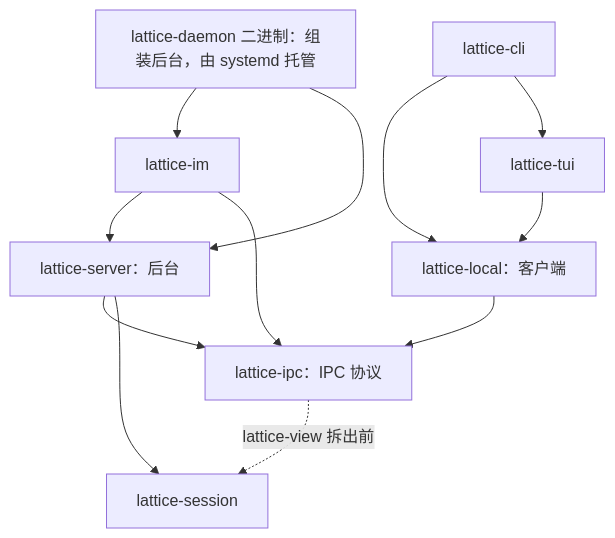
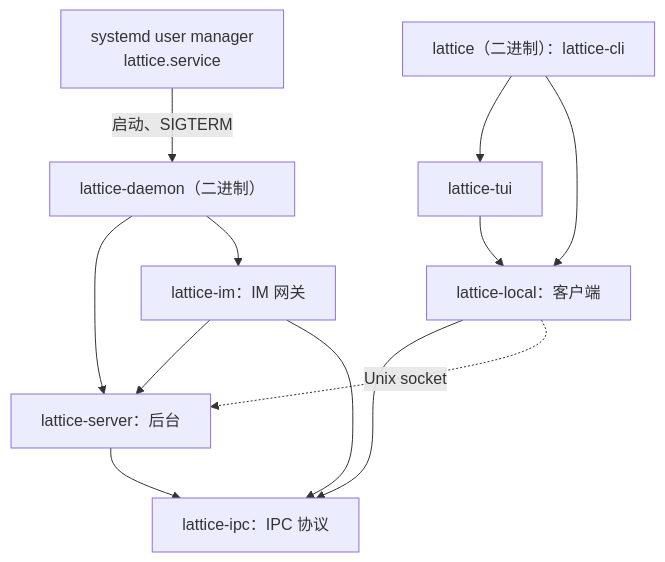
One commit to Skyline10124/lattice changed the first of 2 diagrams in docs/adr/0011-im-gateway-inside-backend.md. Above: the diagram before and after it, drawn with Mermaid. The commit also changed other lines of this file, not shown here.

````diff
--- a/docs/adr/0011-im-gateway-inside-backend.md
+++ b/docs/adr/0011-im-gateway-inside-backend.md
@@ -72,22 +57,14 @@
 ```mermaid
-graph TD
-  daemon[lattice-daemon 二进制：组装后台，由 systemd 托管]
-  cli[lattice-cli]
-  tui[lattice-tui]
-  im[lattice-im]
-  server[lattice-server：后台]
-  local[lattice-local：客户端]
-  proto[lattice-ipc：IPC 协议]
-  session[lattice-session]
-  daemon --> im
-  daemon --> server
-  im --> server
-  im --> proto
-  cli --> local
-  cli --> tui
-  tui --> local
-  local --> proto
-  server --> proto
-  server --> session
-  proto -. lattice-view 拆出前 .-> session
+flowchart TD
+    systemd["systemd user manager<br/>lattice.service"] -->|启动、SIGTERM| daemon
+    daemon["lattice-daemon（二进制）"] --> server["lattice-server：后台"]
+    daemon --> im["lattice-im：IM 网关"]
+    im --> server
+    cli["lattice（二进制）：lattice-cli"] --> tui["lattice-tui"]
+    cli --> local["lattice-local：客户端"]
+    tui --> local
+    local --> ipc["lattice-ipc：IPC 协议"]
+    server --> ipc
+    im --> ipc
+    local -. Unix socket .-> server
 ```
````
